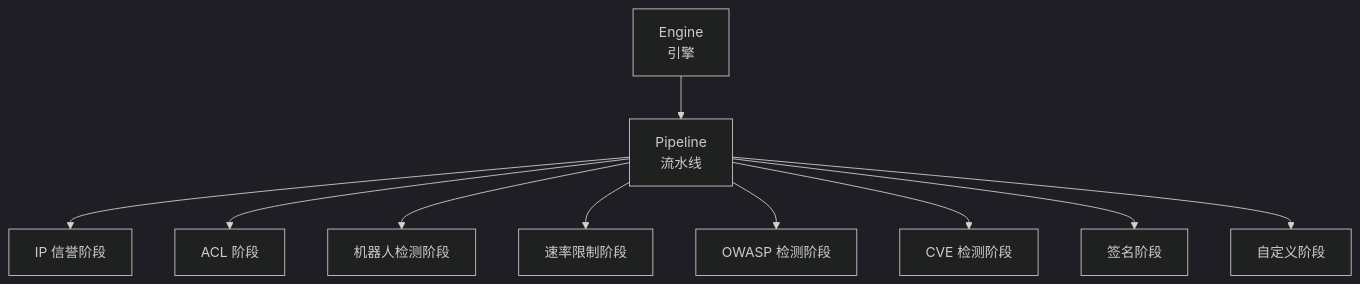
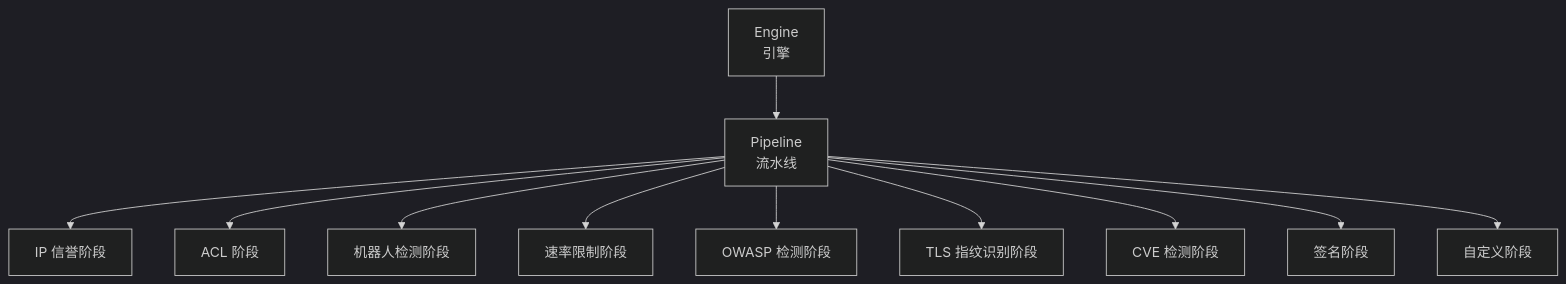
The first of 11 diagrams in docs/WAF 引擎系统/处理阶段详解/处理阶段详解.md (x01n/My-OpenWaf), drawn with Mermaid (dark theme) before and after one commit. The commit also changed other lines of this file and 51 other files, not shown here.

````diff
--- a/docs/WAF 引擎系统/处理阶段详解/处理阶段详解.md
+++ b/docs/WAF 引擎系统/处理阶段详解/处理阶段详解.md
@@ -44,12 +59,13 @@
 ```mermaid
 graph TB
 Engine["Engine<br/>引擎"] --> Pipeline["Pipeline<br/>流水线"]
 Pipeline --> Phase_IPRep["IP 信誉阶段"]
 Pipeline --> Phase_ACL["ACL 阶段"]
 Pipeline --> Phase_Bot["机器人检测阶段"]
 Pipeline --> Phase_Rate["速率限制阶段"]
 Pipeline --> Phase_OWASP["OWASP 检测阶段"]
+Pipeline --> Phase_TLS["TLS 指纹识别阶段"]
 Pipeline --> Phase_CVE["CVE 检测阶段"]
 Pipeline --> Phase_Sig["签名阶段"]
 Pipeline --> Phase_Custom["自定义阶段"]
 ```
````
